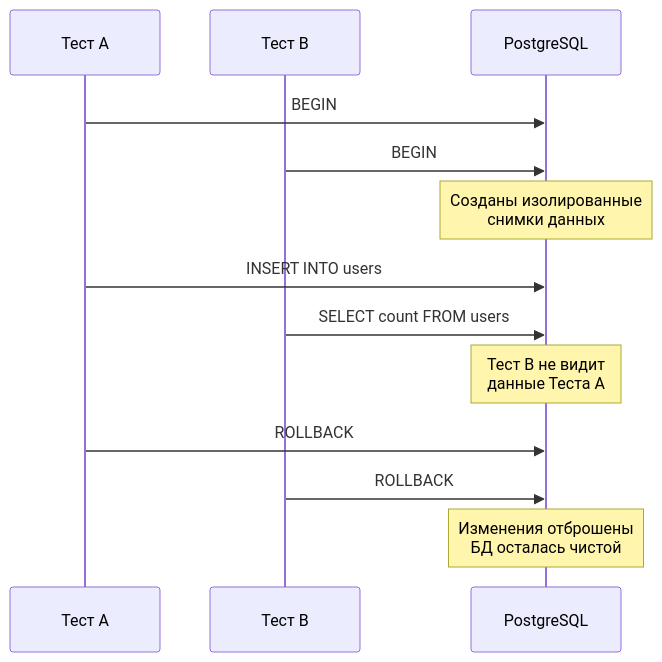
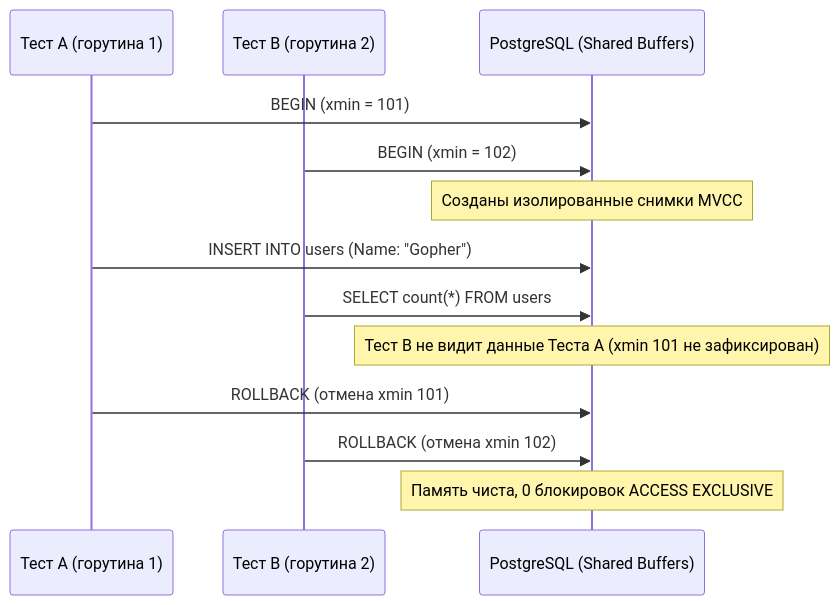
Before and after one commit to UnrealTemplier/go-textbook: the diagram in sources/15. Тестирование в Go (QA & Testing)/05. Интеграционные тесты/3. Транзакции и rollback подход.md, drawn with Mermaid. The commit also changed other lines of this file, not shown here.

Commit message:
feat(module-15): editorial rewrite of lecture 3 (Транзакции и rollback подход) in Subsection 5 in Kernighan style

````diff
--- a/sources/15. Тестирование в Go (QA & Testing)/05. Интеграционные тесты/3. Транзакции и rollback подход.md
+++ b/sources/15. Тестирование в Go (QA & Testing)/05. Интеграционные тесты/3. Транзакции и rollback подход.md
@@ -23,16 +31,16 @@
 ```mermaid
 sequenceDiagram
-    participant TestA as Тест A
-    participant TestB as Тест B
-    participant DB as PostgreSQL
+    participant TestA as Тест A (горутина 1)
+    participant TestB as Тест B (горутина 2)
+    participant DB as PostgreSQL (Shared Buffers)
     
-    TestA->>DB: BEGIN
-    TestB->>DB: BEGIN
-    Note over DB: Созданы изолированные<br>снимки данных
-    TestA->>DB: INSERT INTO users
-    TestB->>DB: SELECT count FROM users
-    Note over DB: Тест B не видит<br>данные Теста A
-    TestA->>DB: ROLLBACK
-    TestB->>DB: ROLLBACK
-    Note over DB: Изменения отброшены<br>БД осталась чистой
+    TestA->>DB: BEGIN (xmin = 101)
+    TestB->>DB: BEGIN (xmin = 102)
+    Note over DB: Созданы изолированные снимки MVCC
+    TestA->>DB: INSERT INTO users (Name: "Gopher")
+    TestB->>DB: SELECT count(*) FROM users
+    Note over DB: Тест B не видит данные Теста A (xmin 101 не зафиксирован)
+    TestA->>DB: ROLLBACK (отмена xmin 101)
+    TestB->>DB: ROLLBACK (отмена xmin 102)
+    Note over DB: Память чиста, 0 блокировок ACCESS EXCLUSIVE
 ```
````
